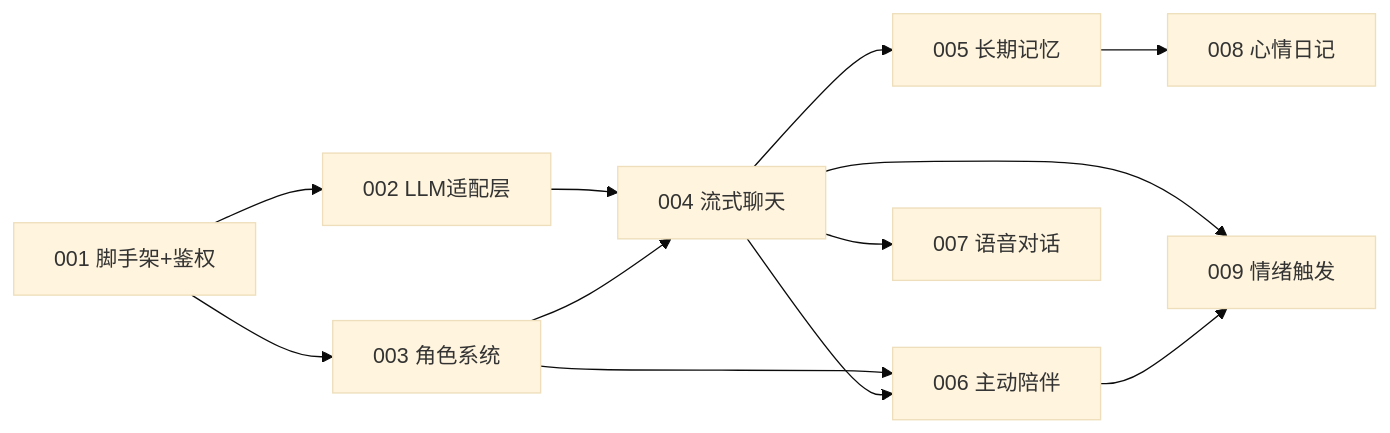
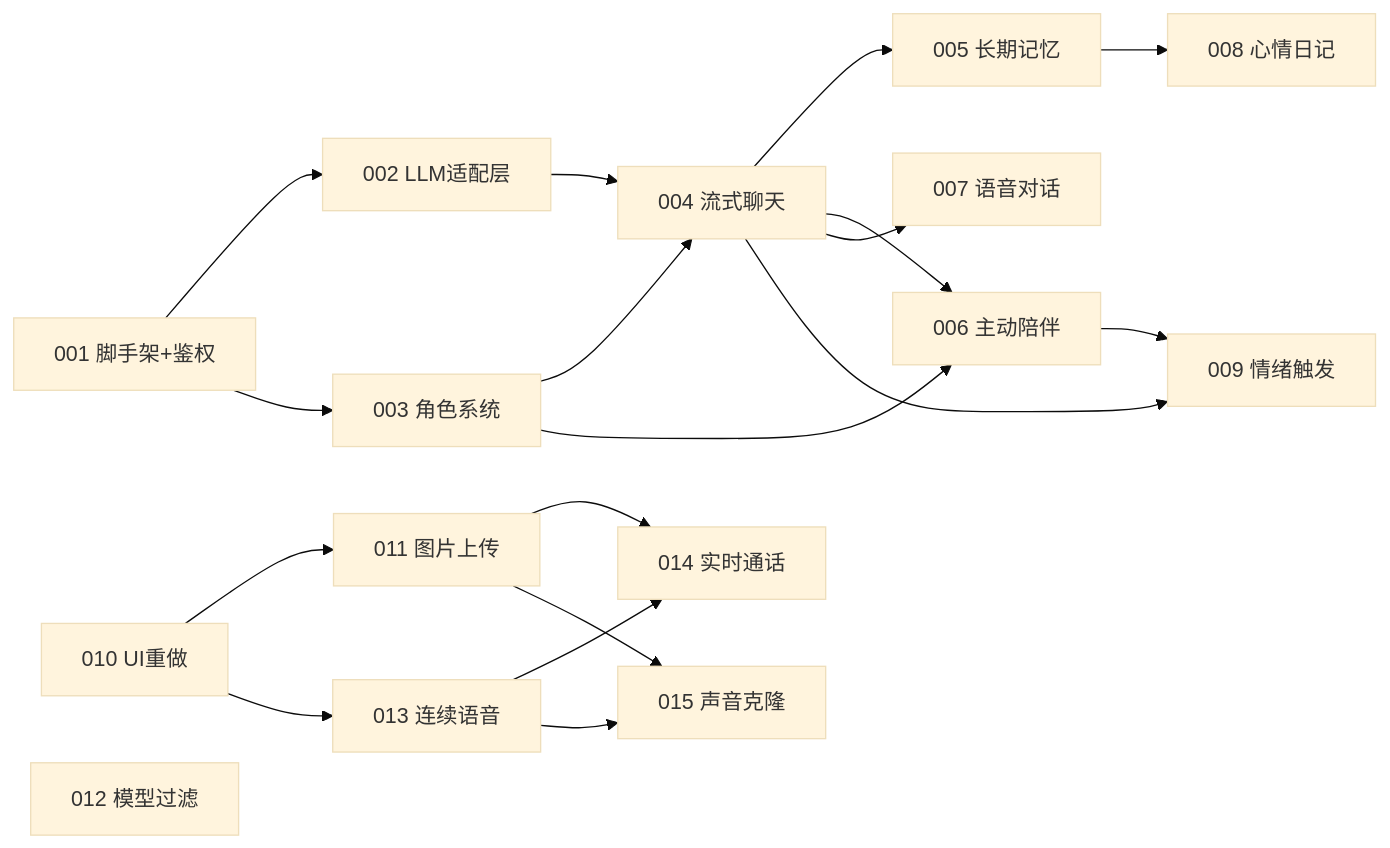
The diagram in slices/README.md (0009-aaf/banyu-ai-companion), drawn with Mermaid (base theme) before and after one commit. The commit also changed other lines of this file and 7 other files, not shown here.

````diff
--- a/slices/README.md
+++ b/slices/README.md
@@ -7,14 +7,21 @@
 ```mermaid
 graph LR
     001[001 脚手架+鉴权] --> 002[002 LLM适配层]
     001 --> 003[003 角色系统]
     002 --> 004[004 流式聊天]
     003 --> 004
     004 --> 005[005 长期记忆]
     003 --> 006[006 主动陪伴]
     004 --> 006
     004 --> 007[007 语音对话]
     005 --> 008[008 心情日记]
     004 --> 009[009 情绪触发]
     006 --> 009
+    010[010 UI重做] --> 011[011 图片上传]
+    010 --> 013[013 连续语音]
+    011 --> 014[014 实时通话]
+    013 --> 014
+    011 --> 015[015 声音克隆]
+    013 --> 015
+    012[012 模型过滤]
 ```
````
